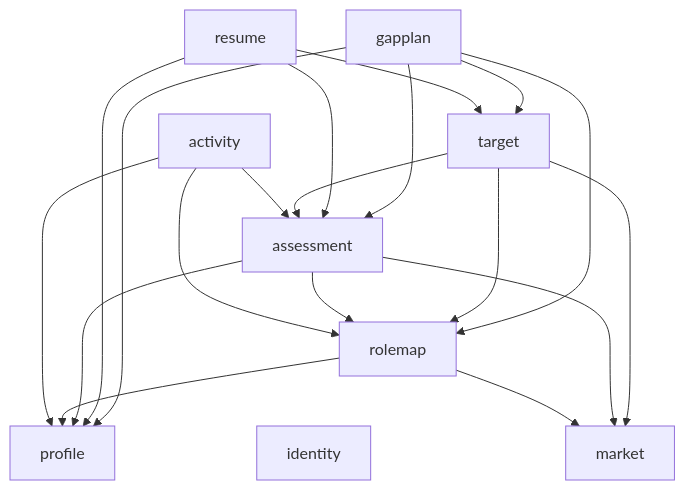
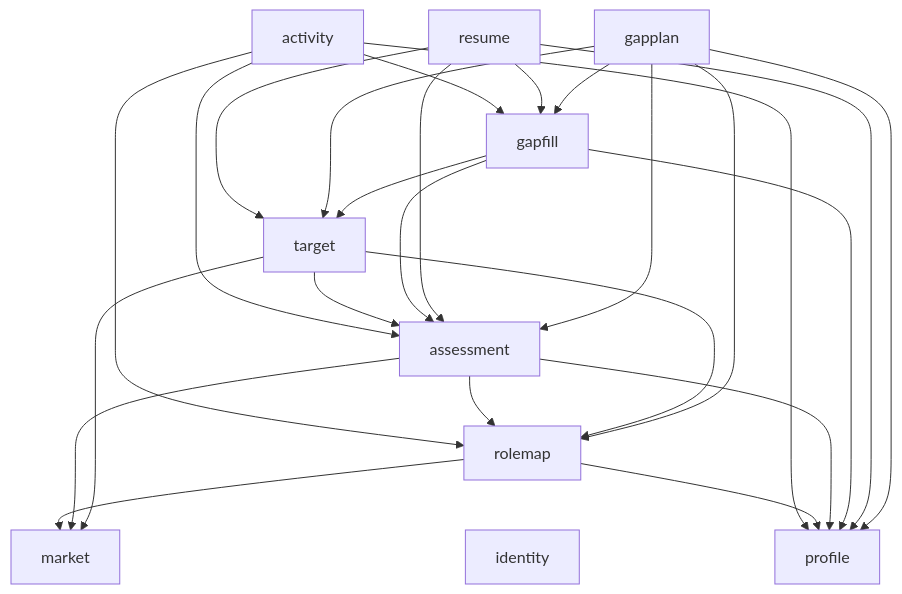
One commit to ycc789741ycc/career-polaris changed the third of 4 diagrams in docs/architecture.md. Above: the diagram before and after it, drawn with Mermaid. The commit also changed other lines of this file and 4 other files, not shown here.

````diff
--- a/docs/architecture.md
+++ b/docs/architecture.md
@@ -143,23 +147,29 @@
 ```mermaid
 flowchart TB
-  GP[gapplan] --> T[target]
-  RS[resume] --> T
+  GP[gapplan] --> GF[gapfill]
+  RS[resume] --> GF
+  GF --> T[target]
+  GP --> T
+  RS --> T
   GP --> AS[assessment]
   RS --> AS
   GP --> RM[rolemap]
   GP --> PR[profile]
   RS --> PR
+  GF --> AS
+  GF --> PR
   T --> AS
   T --> RM
   T --> MK[market]
   AS --> RM
   AS --> PR
   AS --> MK
   RM --> PR
   RM --> MK
-  AC[activity] --> AS
+  AC[activity] --> GF
+  AC --> AS
   AC --> RM
   AC --> PR
   ID[identity]
   RM ~~~ ID
 ```
````
